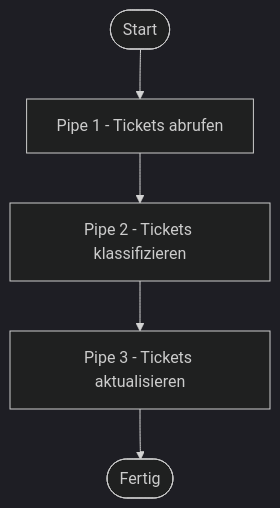
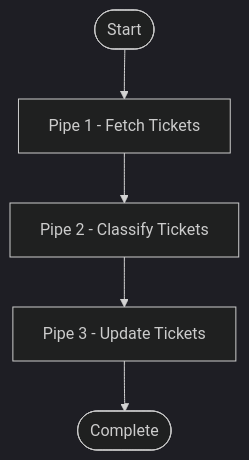
The first of 5 diagrams in docs/src/content/docs/de/open-ticket-automation/users/pipeline.mdx (Softoft-Orga/open-ticket-ai), drawn with Mermaid (dark theme) before and after one commit. The commit also changed other lines of this file and 65 other files, not shown here.

````diff
--- a/docs/src/content/docs/de/open-ticket-automation/users/pipeline.mdx
+++ b/docs/src/content/docs/de/open-ticket-automation/users/pipeline.mdx
@@ -16,12 +16,12 @@
 ```mermaid
 flowchart TD
     Start([Start])
-    Pipe1["Pipe 1 - Tickets abrufen"]
-    Pipe2["Pipe 2 - Tickets klassifizieren"]
-    Pipe3["Pipe 3 - Tickets aktualisieren"]
-    End([Fertig])
+    Pipe1["Pipe 1 - Fetch Tickets"]
+    Pipe2["Pipe 2 - Classify Tickets"]
+    Pipe3["Pipe 3 - Update Tickets"]
+    End([Complete])
     Start --> Pipe1
     Pipe1 --> Pipe2
     Pipe2 --> Pipe3
     Pipe3 --> End
 ```
````
